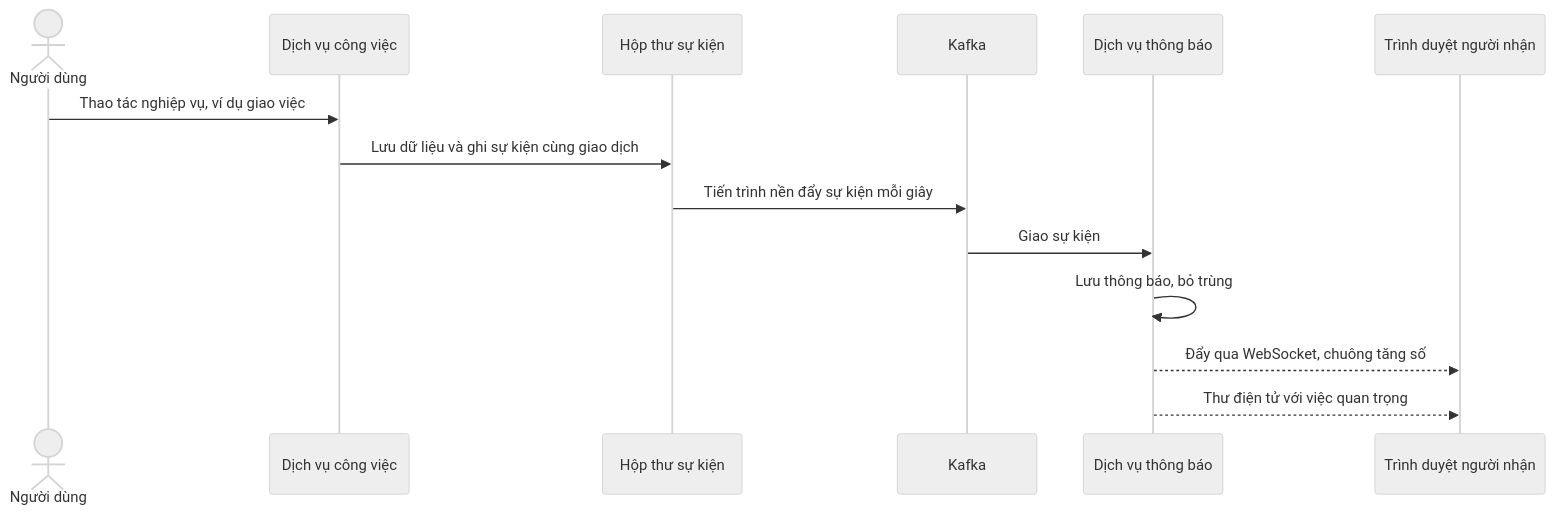
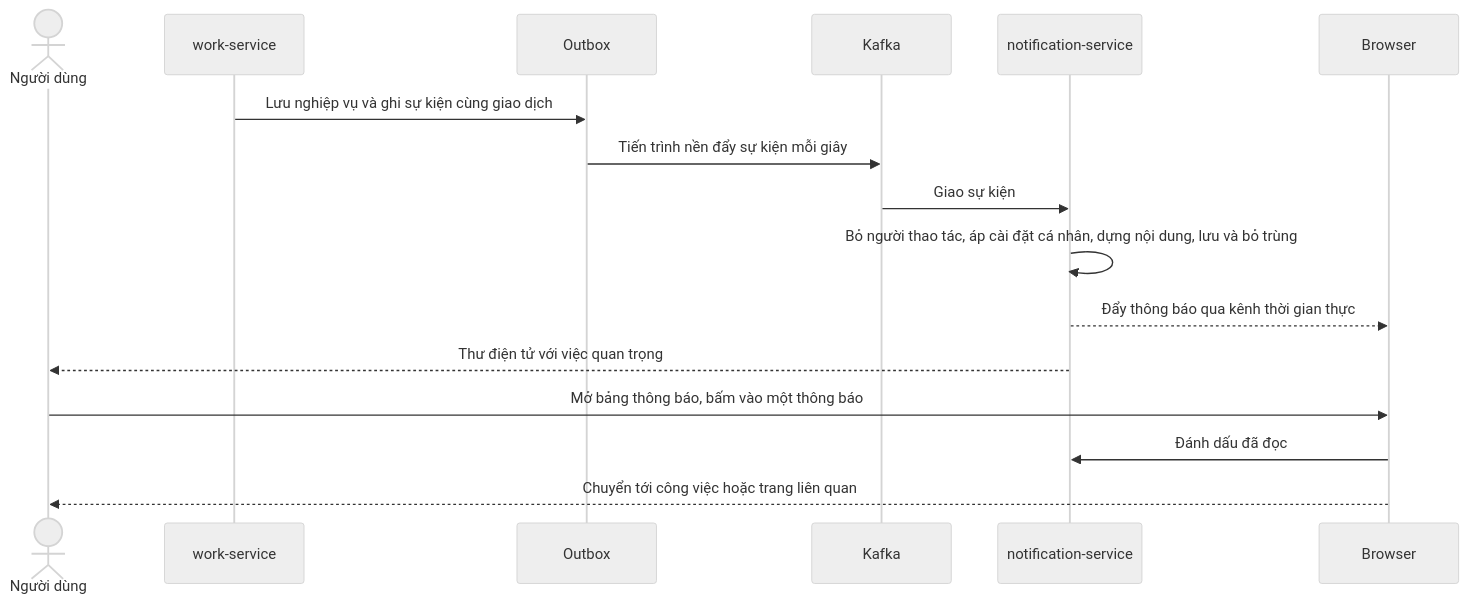
Before and after one commit to Hecker-Chuoi/DATN-2026: the ninth of 17 diagrams in docs/report/main/04_CHUONG_3_DAC_TA_PHAN_TICH_THIET_KE.md, drawn with Mermaid (neutral theme). The commit also changed other lines of this file and 4 other files, not shown here.

````diff
--- a/docs/report/main/04_CHUONG_3_DAC_TA_PHAN_TICH_THIET_KE.md
+++ b/docs/report/main/04_CHUONG_3_DAC_TA_PHAN_TICH_THIET_KE.md
@@ -301,16 +492,18 @@
 ```mermaid
 sequenceDiagram
     actor ND as Người dùng
-    participant CV as Dịch vụ công việc
-    participant HM as Hộp thư sự kiện
+    participant CV as work-service
+    participant HM as Outbox
     participant KF as Kafka
-    participant TB as Dịch vụ thông báo
-    participant TD as Trình duyệt người nhận
-    ND->>CV: Thao tác nghiệp vụ, ví dụ giao việc
-    CV->>HM: Lưu dữ liệu và ghi sự kiện cùng giao dịch
+    participant TB as notification-service
+    participant GD as Browser
+    CV->>HM: Lưu nghiệp vụ và ghi sự kiện cùng giao dịch
     HM->>KF: Tiến trình nền đẩy sự kiện mỗi giây
     KF->>TB: Giao sự kiện
-    TB->>TB: Lưu thông báo, bỏ trùng
-    TB-->>TD: Đẩy qua WebSocket, chuông tăng số
-    TB-->>TD: Thư điện tử với việc quan trọng
+    TB->>TB: Bỏ người thao tác, áp cài đặt cá nhân, dựng nội dung, lưu và bỏ trùng
+    TB-->>GD: Đẩy thông báo qua kênh thời gian thực
+    TB-->>ND: Thư điện tử với việc quan trọng
+    ND->>GD: Mở bảng thông báo, bấm vào một thông báo
+    GD->>TB: Đánh dấu đã đọc
+    GD-->>ND: Chuyển tới công việc hoặc trang liên quan
 ```
````
